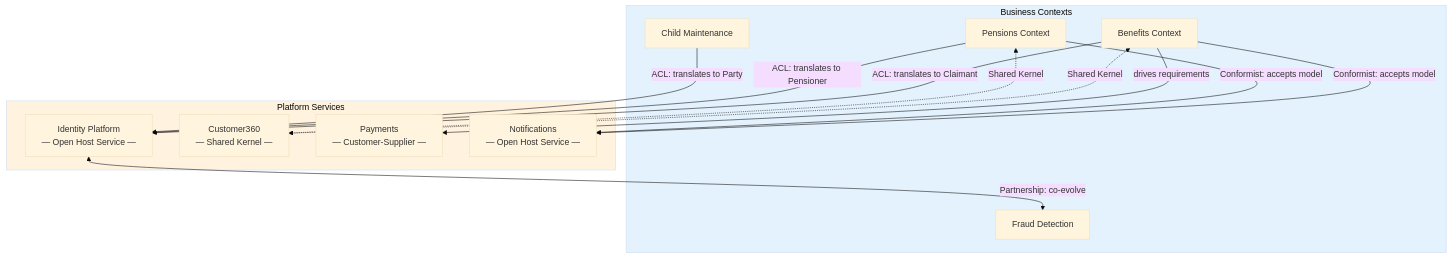
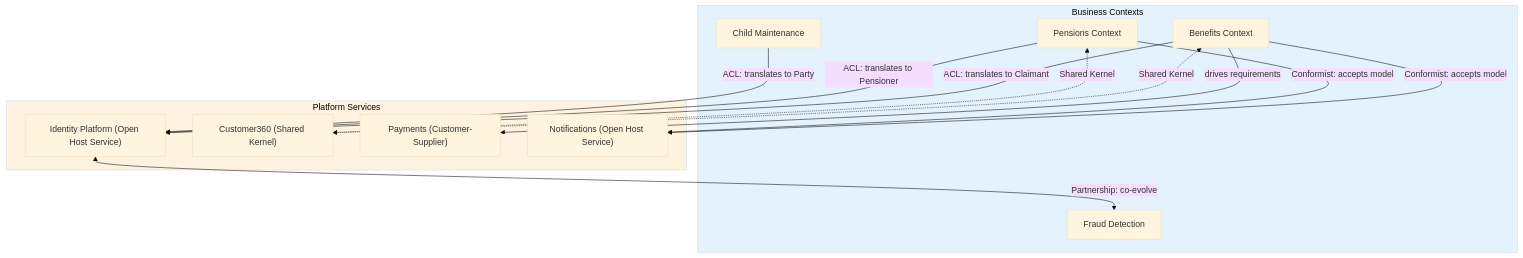
Before and after one commit to mrchughes/architecting-modern-government-services: the fourth of 11 diagrams in Paper_1_DDD_Clean_Architecture.md, drawn with Mermaid (base theme). The commit also changed other lines of this file and 1 other file, not shown here.

````diff
--- a/Paper_1_DDD_Clean_Architecture.md
+++ b/Paper_1_DDD_Clean_Architecture.md
@@ -575,33 +575,33 @@
 ```mermaid
 flowchart TB
     subgraph Platform["Platform Services"]
-        Identity["Identity Platform\n— Open Host Service —"]
-        CX360["Customer360\n— Shared Kernel —"]
-        Payments["Payments\n— Customer-Supplier —"]
-        Notif["Notifications\n— Open Host Service —"]
+        Identity["Identity Platform (Open Host Service)"]
+        CX360["Customer360 (Shared Kernel)"]
+        Payments["Payments (Customer-Supplier)"]
+        Notif["Notifications (Open Host Service)"]
     end
 
     subgraph Business["Business Contexts"]
         Benefits["Benefits Context"]
         Pensions["Pensions Context"]
         ChildMaint["Child Maintenance"]
         Fraud["Fraud Detection"]
     end
 
     Benefits -->|"ACL: translates to Claimant"| Identity
     Pensions -->|"ACL: translates to Pensioner"| Identity
     ChildMaint -->|"ACL: translates to Party"| Identity
 
     Benefits <-.->|"Shared Kernel"| CX360
     Pensions <-.->|"Shared Kernel"| CX360
 
     Benefits -->|"drives requirements"| Payments
 
     Benefits -->|"Conformist: accepts model"| Notif
     Pensions -->|"Conformist: accepts model"| Notif
 
     Identity <-->|"Partnership: co-evolve"| Fraud
 
     style Platform fill:#fff3e0
     style Business fill:#e3f2fd
 ```
````
